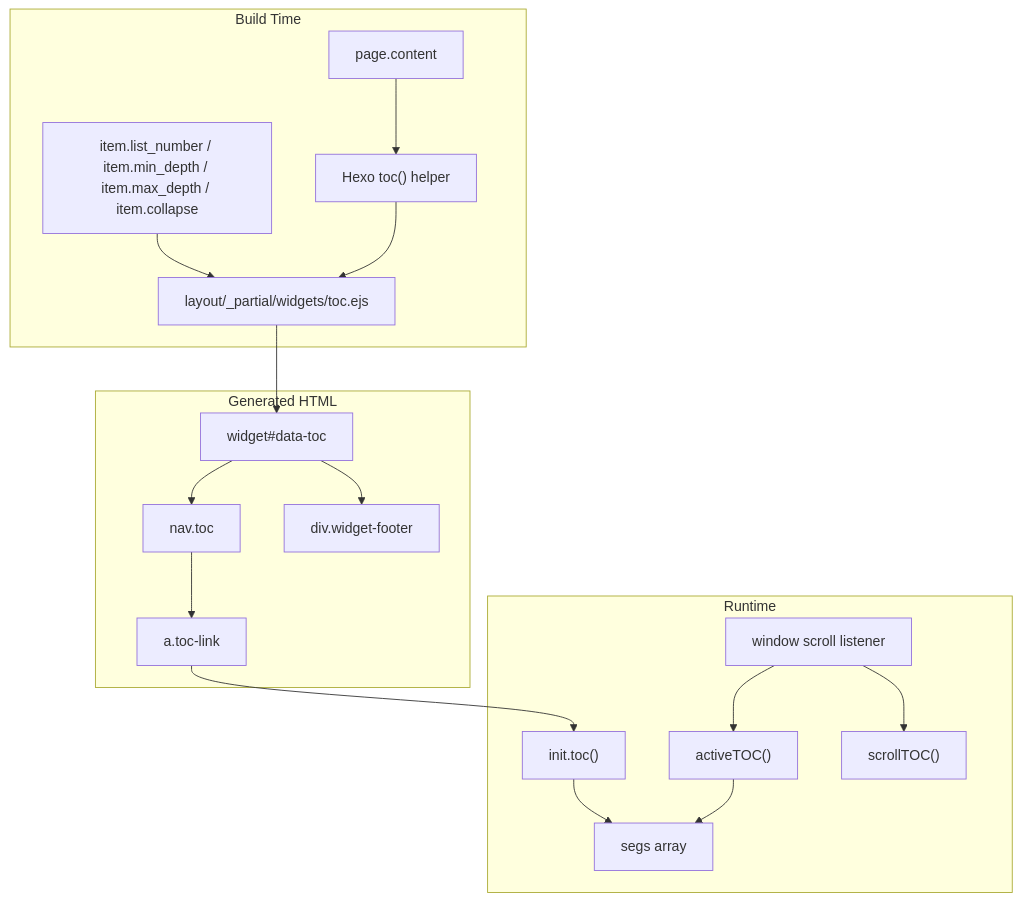
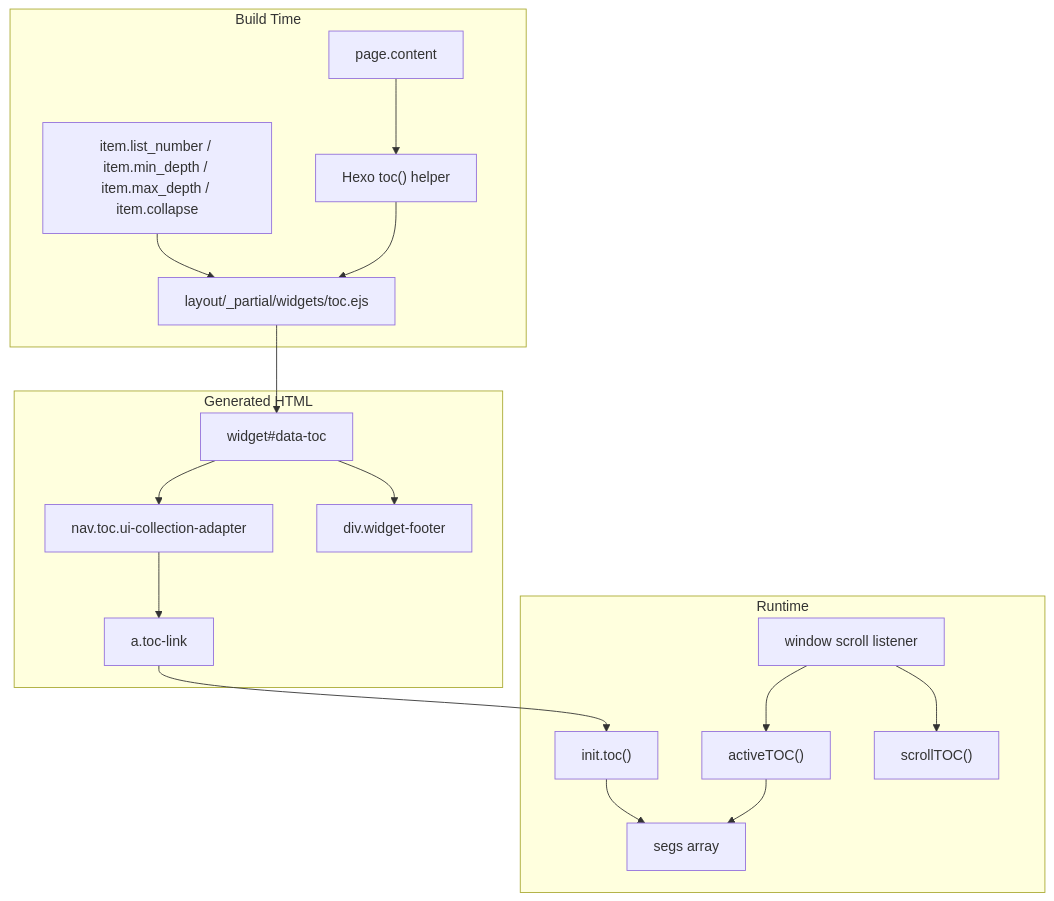
Before and after one commit to penndu/hexo: the first of 7 diagrams in themes/stellar/docs/knowledge/05-前端交互/toc-system.md, drawn with Mermaid. The commit also changed other lines of this file and 104 other files, not shown here.

````diff
--- a/themes/stellar/docs/knowledge/05-前端交互/toc-system.md
+++ b/themes/stellar/docs/knowledge/05-前端交互/toc-system.md
@@ -34,38 +36,38 @@
 ```mermaid
 graph TB
     subgraph "Build Time"
         PAGE["page.content"]
         TOC_HELPER["Hexo toc() helper"]
         TOC_EJS["layout/_partial/widgets/toc.ejs"]
         ITEM_CONFIG["item.list_number / item.min_depth / item.max_depth / item.collapse"]
     end
 
     subgraph "Generated HTML"
         WIDGET["widget#data-toc"]
-        TOC_NAV["nav.toc"]
+        TOC_NAV["nav.toc.ui-collection-adapter"]
         TOC_LINKS["a.toc-link"]
         WIDGET_FOOTER["div.widget-footer"]
     end
 
     subgraph "Runtime"
         INIT_TOC["init.toc()"]
         SEGS["segs array"]
         ACTIVE_TOC["activeTOC()"]
         SCROLL_TOC["scrollTOC()"]
         SCROLL_EVENT["window scroll listener"]
     end
 
     PAGE --> TOC_HELPER
     ITEM_CONFIG --> TOC_EJS
     TOC_HELPER --> TOC_EJS
     TOC_EJS --> WIDGET
     WIDGET --> TOC_NAV
     TOC_NAV --> TOC_LINKS
     WIDGET --> WIDGET_FOOTER
 
     TOC_LINKS --> INIT_TOC
     INIT_TOC --> SEGS
     SCROLL_EVENT --> ACTIVE_TOC
     ACTIVE_TOC --> SEGS
     SCROLL_EVENT --> SCROLL_TOC
 ```
````
